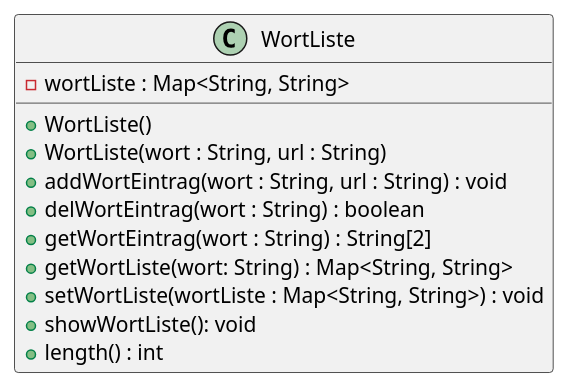
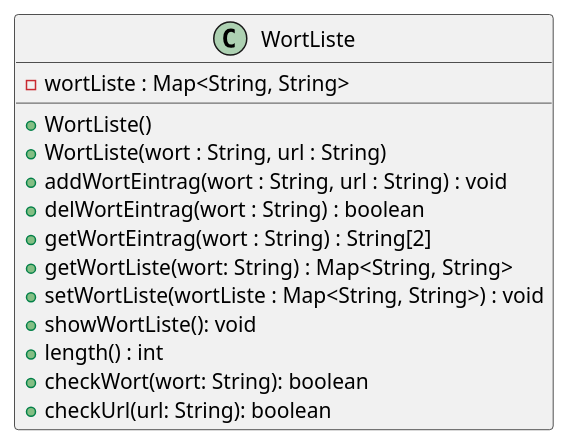
One commit to TGM-HIT/sew9-2425-worttrainer-Batscho changed the diagram in src/main/resources/Worttrainer Reloaded.puml. Above: the diagram before and after it, drawn with PlantUML. The commit also changed 8 other files, not shown here.

```diff
--- a/src/main/resources/Worttrainer Reloaded.puml
+++ b/src/main/resources/Worttrainer Reloaded.puml
@@ -1,19 +1,21 @@
 @startuml
 'https://plantuml.com/class-diagram
 
 
 class WortListe {
 - wortListe : Map<String, String>
 
 + WortListe()
 + WortListe(wort : String, url : String)
 + addWortEintrag(wort : String, url : String) : void
 + delWortEintrag(wort : String) : boolean
 + getWortEintrag(wort : String) : String[2]
 + getWortListe(wort: String) : Map<String, String>
 + setWortListe(wortListe : Map<String, String>) : void
 + showWortListe(): void
 + length() : int
++ checkWort(wort: String): boolean
++ checkUrl(url: String): boolean
 }
 
 @enduml
```
